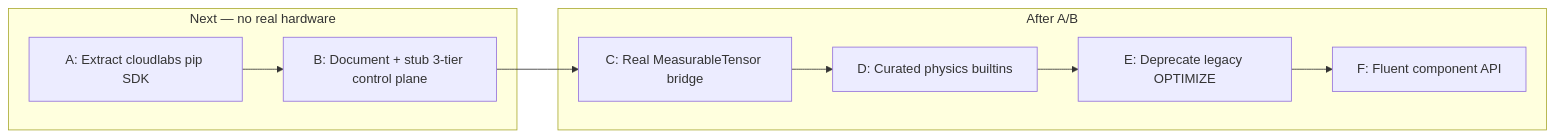
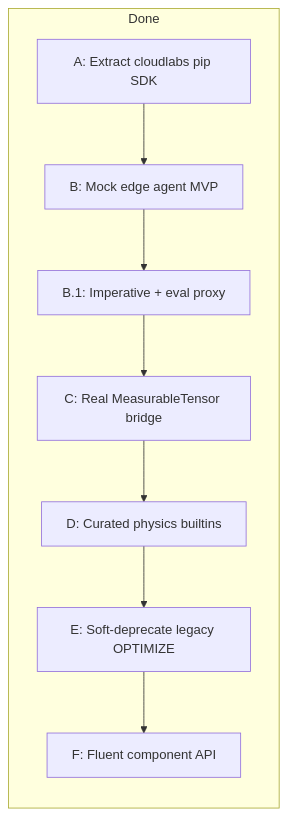
Before and after one commit to caiosiq/cloud-labs: the diagram in docs/FUTURE_STEPS_DISTRIBUTED_AND_SDK.md, drawn with Mermaid. The commit also changed other lines of this file and 149 other files, not shown here.

Commit message:
architecture proposition done

````diff
--- a/docs/FUTURE_STEPS_DISTRIBUTED_AND_SDK.md
+++ b/docs/FUTURE_STEPS_DISTRIBUTED_AND_SDK.md
@@ -24,14 +24,13 @@
 ```mermaid
 flowchart LR
-  subgraph next [Next — no real hardware]
+  subgraph done [Done]
     A[A: Extract cloudlabs pip SDK]
-    B[B: Document + stub 3-tier control plane]
-  end
-  subgraph after [After A/B]
+    B[B: Mock edge agent MVP]
+    B1[B.1: Imperative + eval proxy]
     C[C: Real MeasurableTensor bridge]
     D[D: Curated physics builtins]
-    E[E: Deprecate legacy OPTIMIZE]
+    E[E: Soft-deprecate legacy OPTIMIZE]
     F[F: Fluent component API]
   end
-  A --> B --> C --> D --> E --> F
+  A --> B --> B1 --> C --> D --> E --> F
 ```
````
